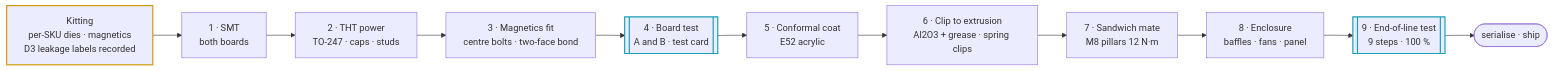
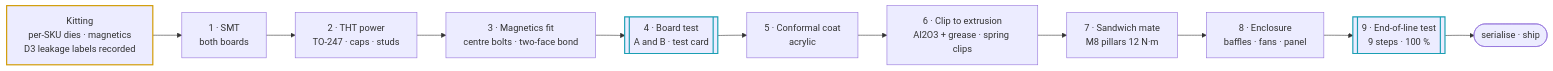
One commit to vectivolt/DC-Modules changed the diagram in docs/dfm-production.md. Above: the diagram before and after it, drawn with Mermaid. The commit also changed other lines of this file and 802 other files, not shown here.

````diff
--- a/docs/dfm-production.md
+++ b/docs/dfm-production.md
@@ -32,16 +32,16 @@
 ```mermaid
 flowchart LR
   K["Kitting<br/>per-SKU dies · magnetics<br/>D3 leakage labels recorded"] --> A1["1 · SMT<br/>both boards"]
   A1 --> A2["2 · THT power<br/>TO-247 · caps · studs"]
   A2 --> A3["3 · Magnetics fit<br/>centre bolts · two-face bond"]
   A3 --> T1[["4 · Board test<br/>A and B · test card"]]
-  T1 --> A5["5 · Conformal coat<br/>E52 acrylic"]
+  T1 --> A5["5 · Conformal coat<br/>acrylic"]
   A5 --> A6["6 · Clip to extrusion<br/>Al2O3 + grease · spring clips"]
   A6 --> A7["7 · Sandwich mate<br/>M8 pillars 12 N·m"]
   A7 --> A8["8 · Enclosure<br/>baffles · fans · panel"]
   A8 --> T2[["9 · End-of-line test<br/>9 steps · 100 %"]]
   T2 --> S(["serialise · ship"])
   style T1 stroke:#1a9fb3,stroke-width:2px
   style T2 stroke:#1a9fb3,stroke-width:2px
   style K stroke:#d19a00,stroke-width:2px
 ```
````
